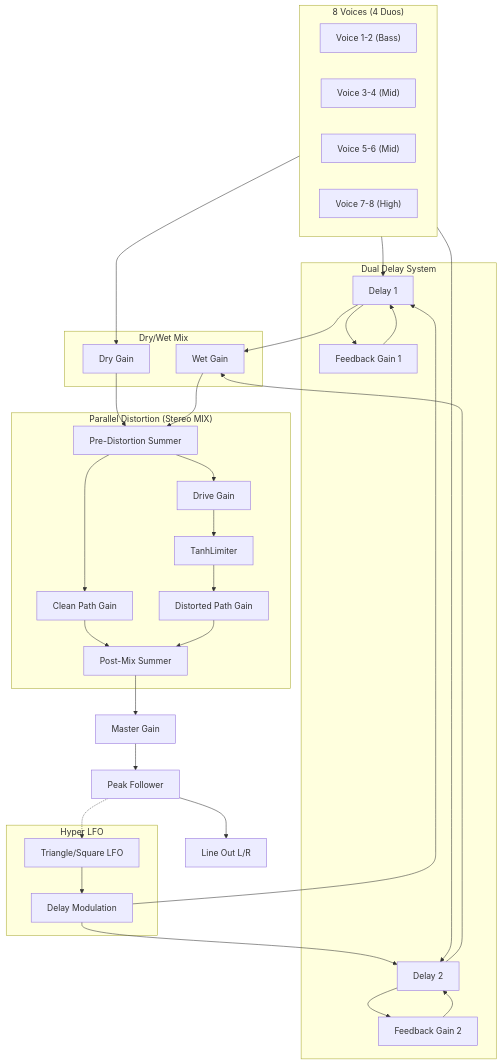
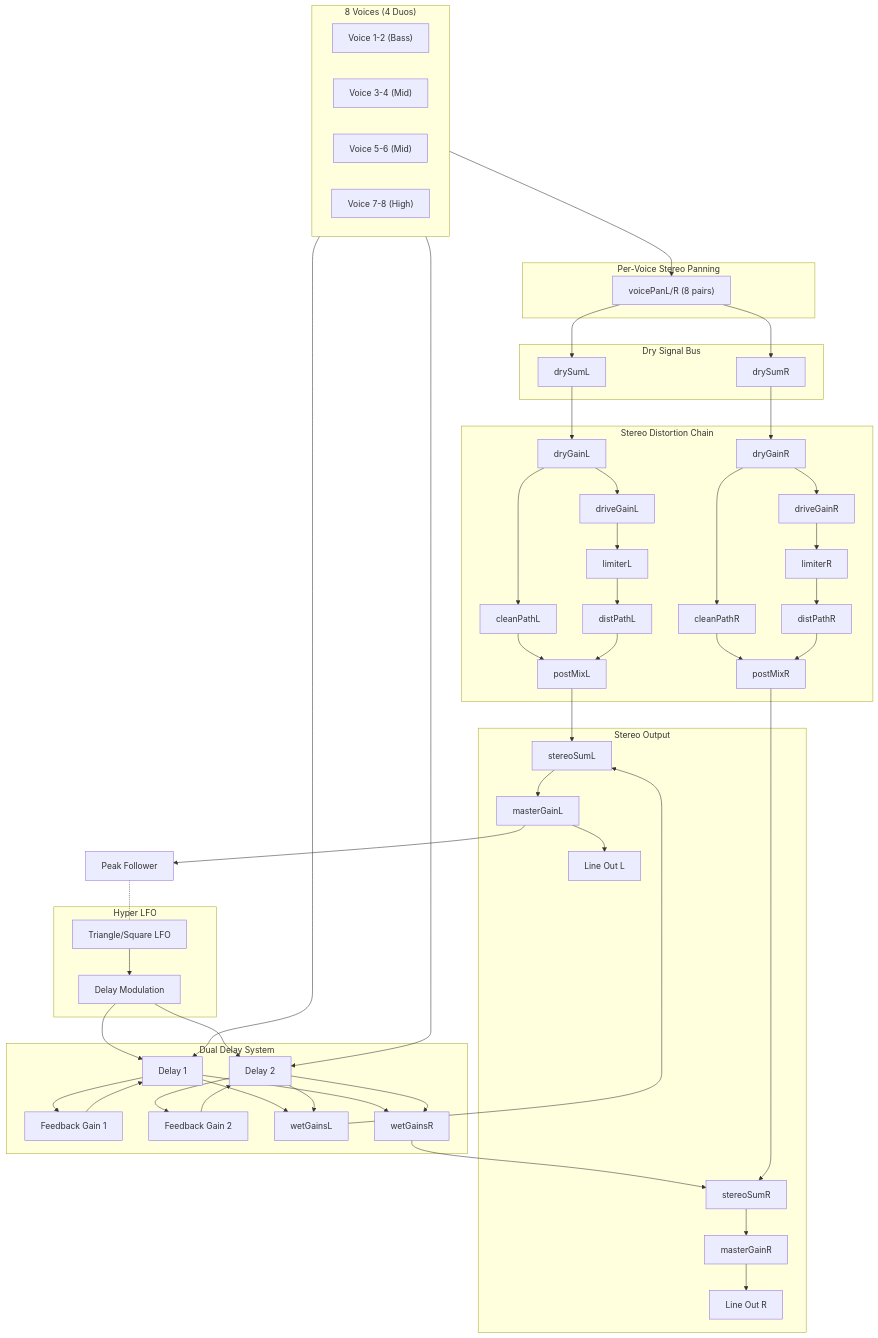
Before and after one commit to balch/orphic-fm-app: the diagram in docs/AUDIO_PATH.md, drawn with Mermaid. The commit also changed other lines of this file and 1 other file, not shown here.

Commit message:
refactor: Rework audio signal path to fully stereo, eliminating signal doubling and clarifying dry/wet routing.

````diff
--- a/docs/AUDIO_PATH.md
+++ b/docs/AUDIO_PATH.md
@@ -11,11 +11,22 @@
         V4["Voice 7-8 (High)"]
     end
 
+    subgraph Panning["Per-Voice Stereo Panning"]
+        PAN["voicePanL/R (8 pairs)"]
+    end
+
+    subgraph DryBus["Dry Signal Bus"]
+        DRYL["drySumL"]
+        DRYR["drySumR"]
+    end
+
     subgraph Delays["Dual Delay System"]
         D1["Delay 1"]
         D2["Delay 2"]
         FB1["Feedback Gain 1"]
         FB2["Feedback Gain 2"]
+        WETL["wetGainsL"]
+        WETR["wetGainsR"]
     end
 
     subgraph LFO["Hyper LFO"]
@@ -23,39 +34,64 @@
         LMOD["Delay Modulation"]
     end
 
-    subgraph Mix["Dry/Wet Mix"]
-        DRY["Dry Gain"]
-        WET["Wet Gain"]
+    subgraph Distortion["Stereo Distortion Chain"]
+        DRYGAINL["dryGainL"]
+        DRYGAINR["dryGainR"]
+        CLEANL["cleanPathL"]
+        CLEANR["cleanPathR"]
+        DRIVEL["driveGainL"]
+        DRIVER["driveGainR"]
+        LIML["limiterL"]
+        LIMR["limiterR"]
+        DISTL["distPathL"]
+        DISTR["distPathR"]
+        POSTL["postMixL"]
+        POSTR["postMixR"]
     end
 
-    subgraph Distortion["Parallel Distortion (Stereo MIX)"]
-        PRE["Pre-Distortion Summer"]
-        CLEAN["Clean Path Gain"]
-        DRIVE["Drive Gain"]
-        LIM["TanhLimiter"]
-        DIST["Distorted Path Gain"]
-        POST["Post-Mix Summer"]
+    subgraph Output["Stereo Output"]
+        SUML["stereoSumL"]
+        SUMR["stereoSumR"]
+        MASTERL["masterGainL"]
+        MASTERR["masterGainR"]
+        OUTL["Line Out L"]
+        OUTR["Line Out R"]
     end
 
-    MASTER["Master Gain"]
     PEAK["Peak Follower"]
-    OUT["Line Out L/R"]
 
+    %% Voice routing
+    Voices --> PAN
     Voices --> D1 & D2
-    Voices --> DRY
     
+    %% Panning to dry bus
+    PAN --> DRYL & DRYR
+    
+    %% Delay feedback loops
     D1 --> FB1 --> D1
     D2 --> FB2 --> D2
-    D1 & D2 --> WET
+    D1 & D2 --> WETL & WETR
     
+    %% LFO modulation
     HLFO --> LMOD --> D1 & D2
     
-    DRY --> PRE
-    WET --> PRE
+    %% Stereo dry path through distortion
+    DRYL --> DRYGAINL --> CLEANL --> POSTL
+    DRYGAINL --> DRIVEL --> LIML --> DISTL --> POSTL
     
-    PRE --> CLEAN --> POST
-    PRE --> DRIVE --> LIM --> DIST --> POST
+    DRYR --> DRYGAINR --> CLEANR --> POSTR
+    DRYGAINR --> DRIVER --> LIMR --> DISTR --> POSTR
     
-    POST --> MASTER --> PEAK --> OUT
-    PEAK -.-> HLFO
+    %% Wet path bypasses distortion
+    WETL --> SUML
+    WETR --> SUMR
+    
+    %% Post-distortion to stereo sum
+    POSTL --> SUML
+    POSTR --> SUMR
+    
+    %% Final output
+    SUML --> MASTERL --> OUTL
+    SUMR --> MASTERR --> OUTR
+    MASTERL --> PEAK -.- HLFO
 ```
````
